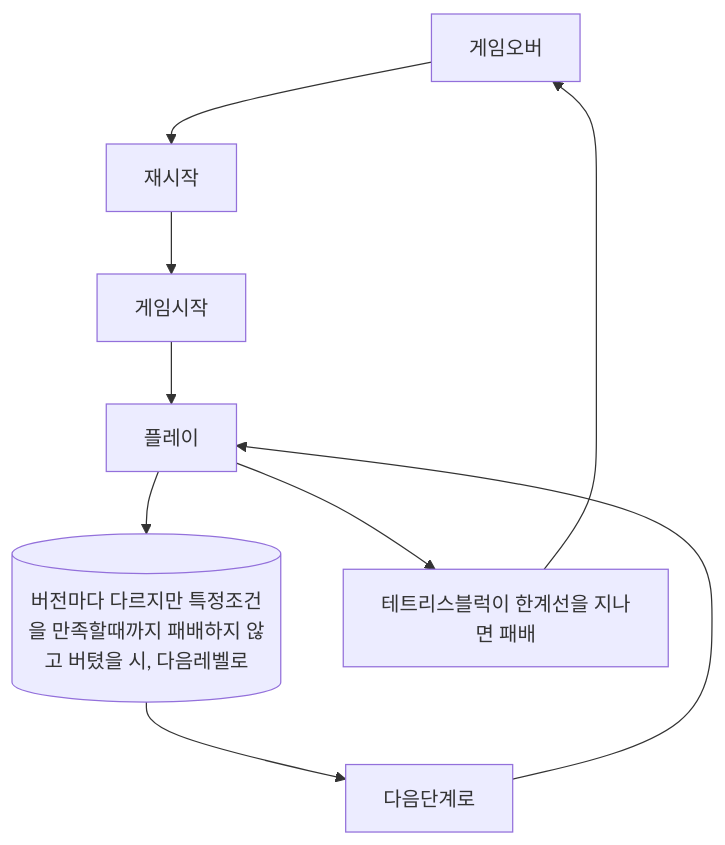
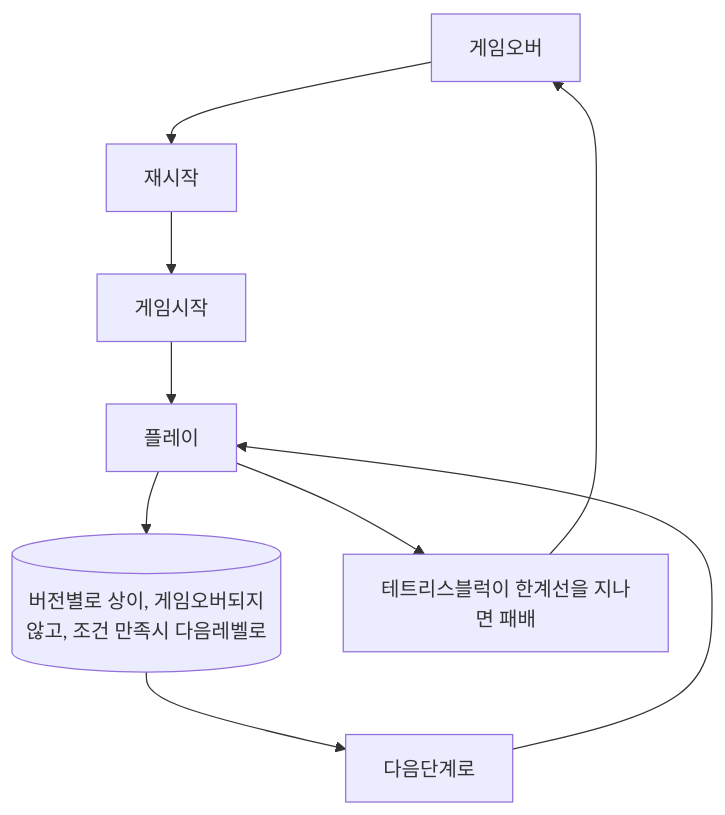
One commit to Wonsoox/Tutorial_Imitation_Teris changed the first of 2 diagrams in Diagrams/20210519_한원석.md. Above: the diagram before and after it, drawn with Mermaid.

````diff
--- a/Diagrams/20210519_한원석.md
+++ b/Diagrams/20210519_한원석.md
@@ -2,11 +2,11 @@
 ```mermaid
 graph TD
   GameOver[게임오버] --> Restart[재시작]
   Restart --> GameStart[게임시작]
   GameStart --> Play[플레이]
-  Play --> Clear[(버전마다 다르지만 특정조건을 만족할때까지 패배하지 않고 버텼을 시, 다음레벨로)]
+  Play --> Clear[(버전별로 상이, 게임오버되지않고, 조건 만족시 다음레벨로)]
   Clear --> Head2HigherLevel[다음단계로]
   Head2HigherLevel --> Play
   Play --> LoseCondition[테트리스블럭이 한계선을 지나면 패배]
   LoseCondition --> GameOver
 ```
````
